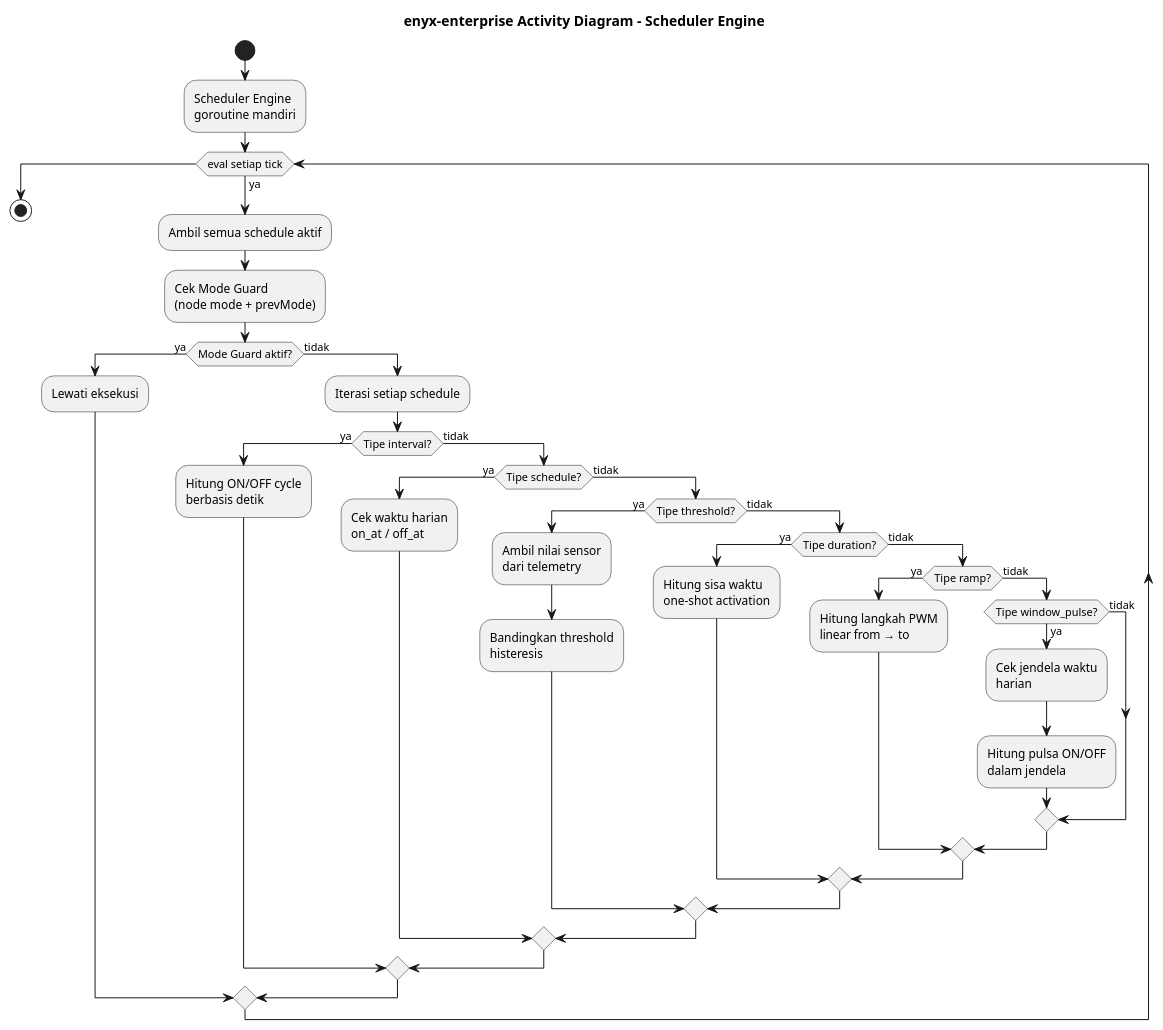
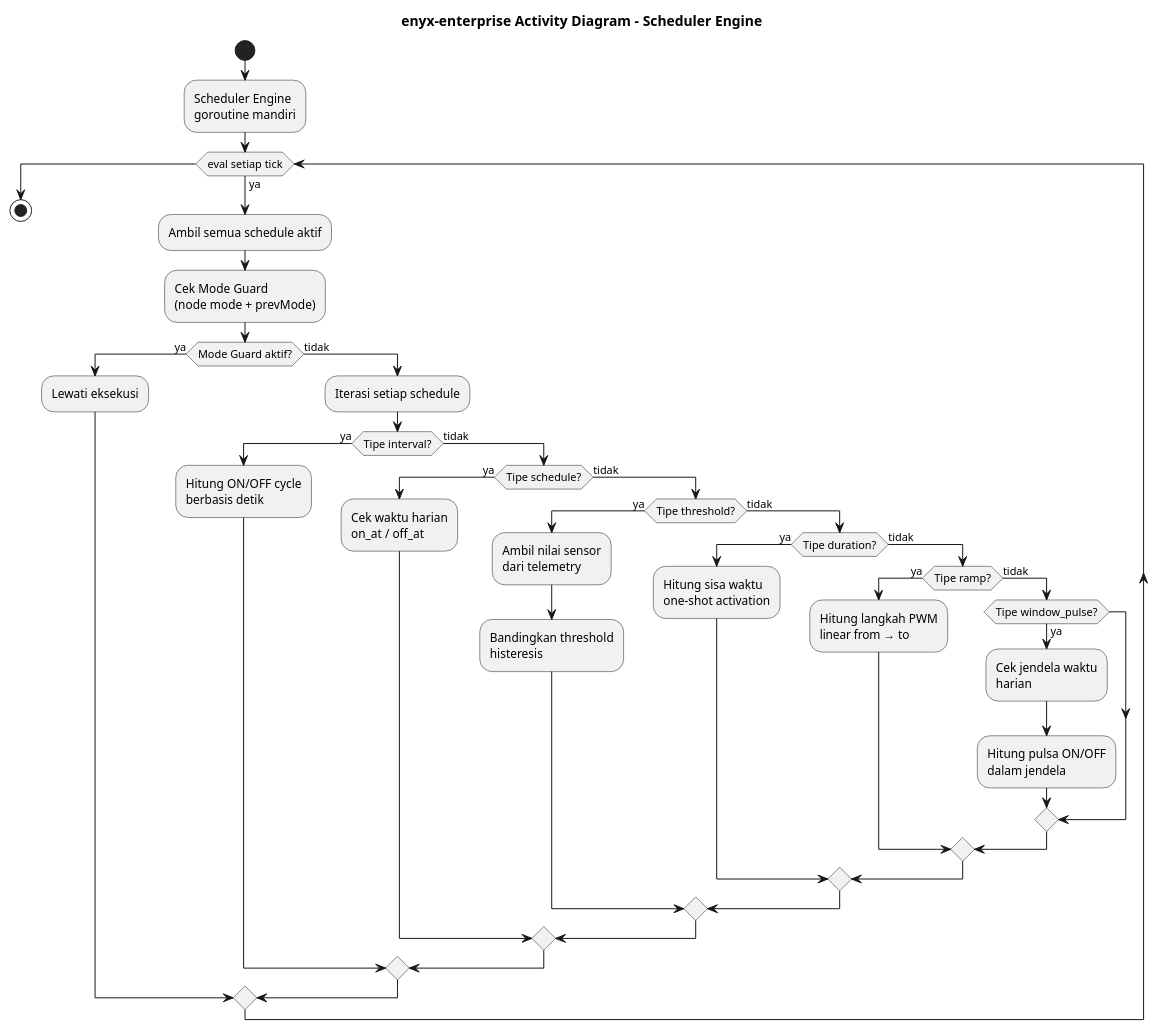
Before and after one commit to Rezen351/enyx-enterprise: diagram 14 of 16 in docs/UML_arsitektur_sistem.md, drawn with PlantUML. The commit also changed other lines of this file and 26 other files, not shown here.

````diff
--- a/docs/UML_arsitektur_sistem.md
+++ b/docs/UML_arsitektur_sistem.md
@@ -379,50 +428,43 @@
 ```plantuml
 @startuml Activity Diagram - Scheduler Engine
 skinparam backgroundColor #FFFFFF
-
 title enyx-enterprise Activity Diagram - Scheduler Engine
-
 start
-
 :Scheduler Engine\ngoroutine mandiri;
-
 while (eval setiap tick) is (ya)
   :Ambil semua schedule aktif;
   :Cek Mode Guard\n(node mode + prevMode);
   if (Mode Guard aktif?) then (ya)
     :Lewati eksekusi;
   else (tidak)
     :Iterasi setiap schedule;
     if (Tipe interval?) then (ya)
       :Hitung ON/OFF cycle\nberbasis detik;
     else (tidak)
       if (Tipe schedule?) then (ya)
         :Cek waktu harian\non_at / off_at;
       else (tidak)
         if (Tipe threshold?) then (ya)
           :Ambil nilai sensor\ndari telemetry;
           :Bandingkan threshold\nhisteresis;
         else (tidak)
           if (Tipe duration?) then (ya)
             :Hitung sisa waktu\none-shot activation;
           else (tidak)
             if (Tipe ramp?) then (ya)
               :Hitung langkah PWM\nlinear from → to;
             else (tidak)
               if (Tipe window_pulse?) then (ya)
                 :Cek jendela waktu\nharian;
                 :Hitung pulsa ON/OFF\ndalam jendela;
-              else (tidak)
               endif
             endif
           endif
         endif
       endif
     endif
   endif
 endwhile
-
 stop
-
 @enduml
 ```
````
